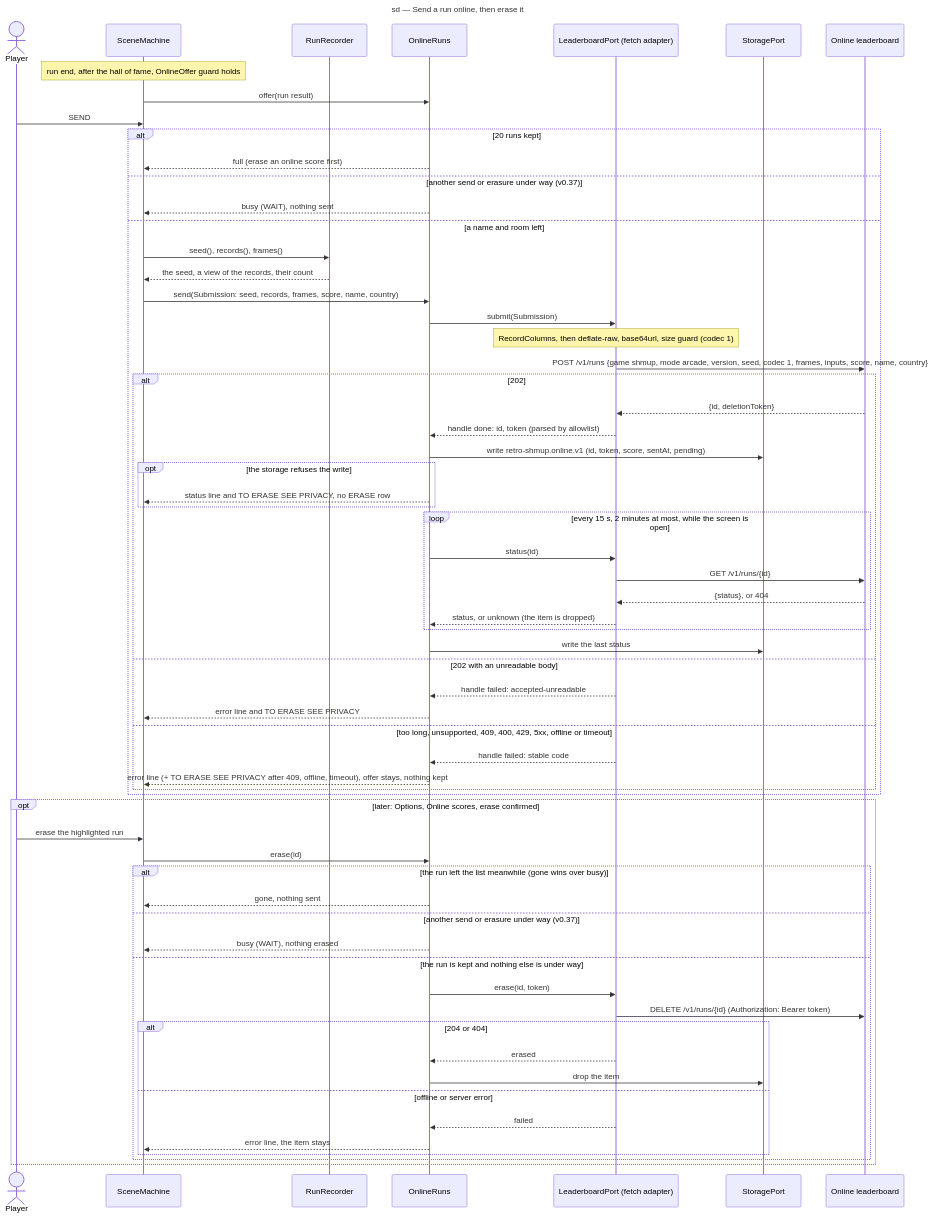
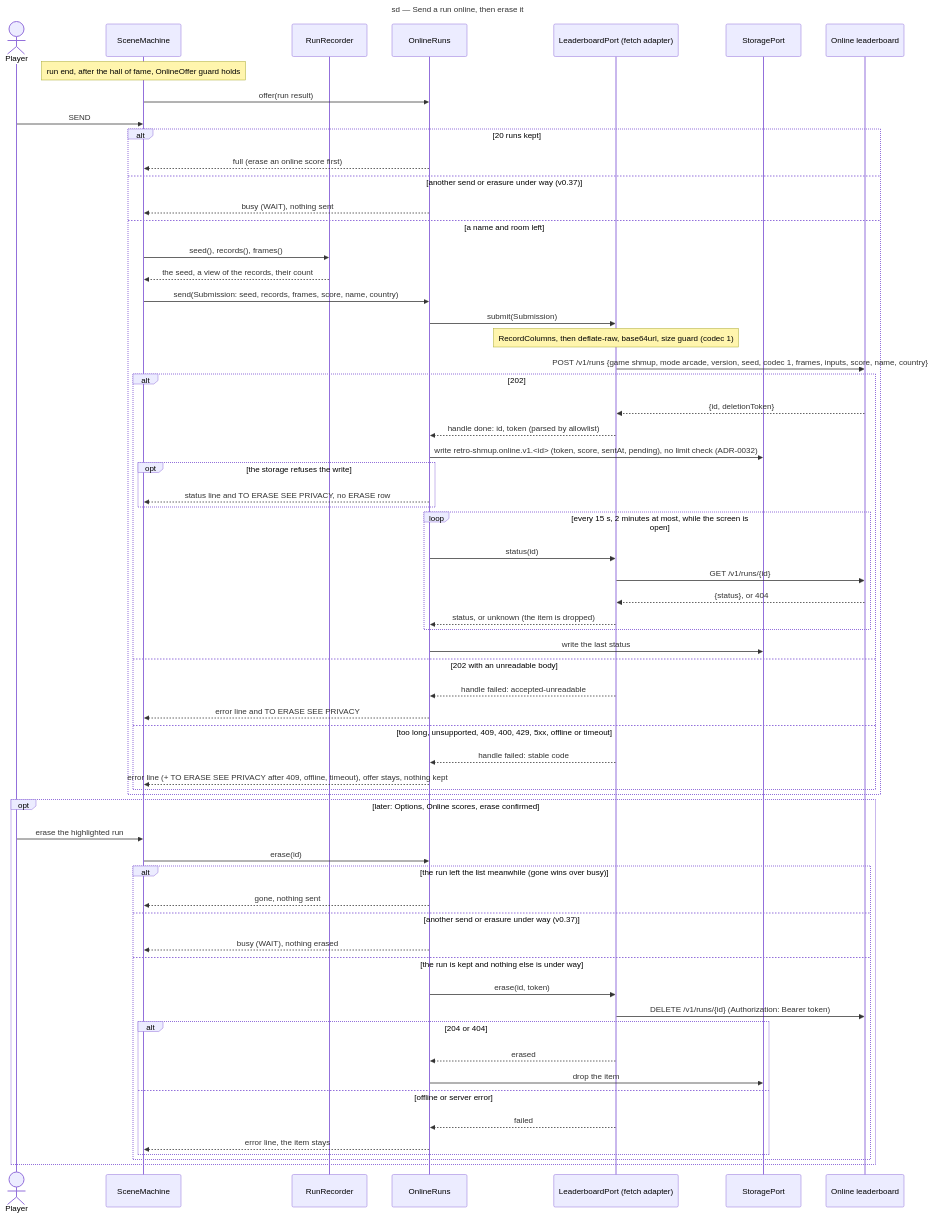
Before and after one commit to benoit-bremaud/retro-shmup: the diagram in docs/architecture/diagrams/meta/02-sequence-send-online.md, drawn with Mermaid. The commit also changed 7 other files, not shown here.

First line of the commit message:
docs(uml): keep each online run under its own storage key

````diff
--- a/docs/architecture/diagrams/meta/02-sequence-send-online.md
+++ b/docs/architecture/diagrams/meta/02-sequence-send-online.md
@@ -19,68 +19,68 @@
 ```mermaid
 sequenceDiagram
   title sd — Send a run online, then erase it
   actor Player
   participant Scenes as SceneMachine
   participant Rec as RunRecorder
   participant Online as OnlineRuns
   participant Port as LeaderboardPort (fetch adapter)
   participant Store as StoragePort
   participant LB as Online leaderboard
 
   Note over Scenes: run end, after the hall of fame, OnlineOffer guard holds
   Scenes->>Online: offer(run result)
   Player->>Scenes: SEND
   alt 20 runs kept
     Online-->>Scenes: full (erase an online score first)
   else another send or erasure under way (v0.37)
     Online-->>Scenes: busy (WAIT), nothing sent
   else a name and room left
     Scenes->>Rec: seed(), records(), frames()
     Rec-->>Scenes: the seed, a view of the records, their count
     Scenes->>Online: send(Submission: seed, records, frames, score, name, country)
     Online->>Port: submit(Submission)
     Note over Port: RecordColumns, then deflate-raw, base64url, size guard (codec 1)
     Port->>LB: POST /v1/runs {game shmup, mode arcade, version, seed, codec 1, frames, inputs, score, name, country}
     alt 202
       LB-->>Port: {id, deletionToken}
       Port-->>Online: handle done: id, token (parsed by allowlist)
-      Online->>Store: write retro-shmup.online.v1 (id, token, score, sentAt, pending)
+      Online->>Store: write retro-shmup.online.v1.<id> (token, score, sentAt, pending), no limit check (ADR-0032)
       opt the storage refuses the write
         Online-->>Scenes: status line and TO ERASE SEE PRIVACY, no ERASE row
       end
       loop every 15 s, 2 minutes at most, while the screen is open
         Online->>Port: status(id)
         Port->>LB: GET /v1/runs/{id}
         LB-->>Port: {status}, or 404
         Port-->>Online: status, or unknown (the item is dropped)
       end
       Online->>Store: write the last status
     else 202 with an unreadable body
       Port-->>Online: handle failed: accepted-unreadable
       Online-->>Scenes: error line and TO ERASE SEE PRIVACY
     else too long, unsupported, 409, 400, 429, 5xx, offline or timeout
       Port-->>Online: handle failed: stable code
       Online-->>Scenes: error line (+ TO ERASE SEE PRIVACY after 409, offline, timeout), offer stays, nothing kept
     end
   end
 
   opt later: Options, Online scores, erase confirmed
     Player->>Scenes: erase the highlighted run
     Scenes->>Online: erase(id)
     alt the run left the list meanwhile (gone wins over busy)
       Online-->>Scenes: gone, nothing sent
     else another send or erasure under way (v0.37)
       Online-->>Scenes: busy (WAIT), nothing erased
     else the run is kept and nothing else is under way
       Online->>Port: erase(id, token)
       Port->>LB: DELETE /v1/runs/{id} (Authorization: Bearer token)
       alt 204 or 404
         Port-->>Online: erased
         Online->>Store: drop the item
       else offline or server error
         Port-->>Online: failed
         Online-->>Scenes: error line, the item stays
       end
     end
   end
 ```
````
